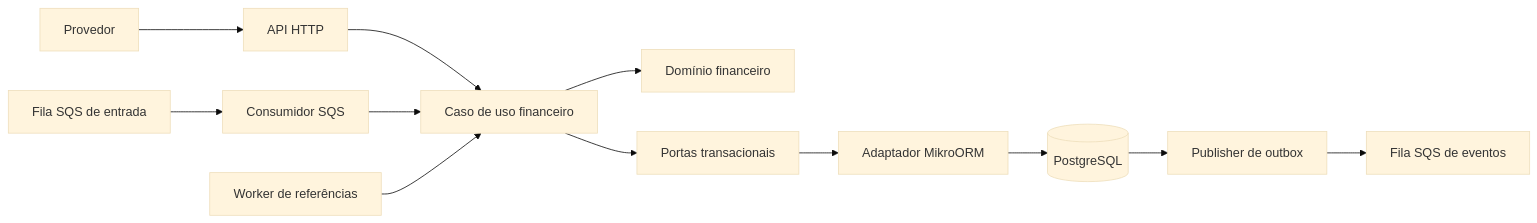
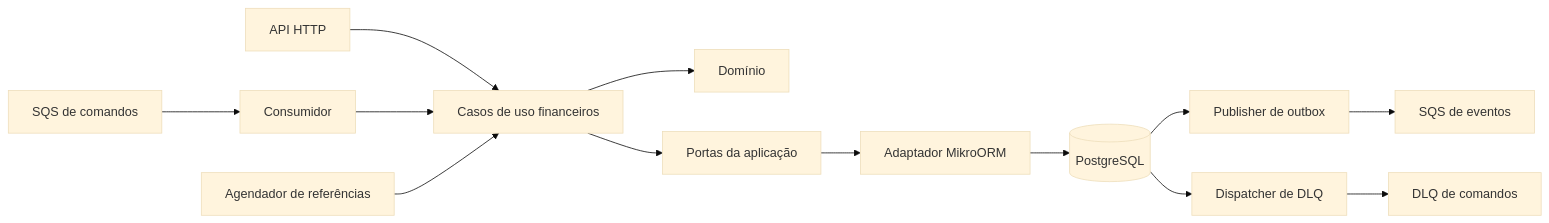
One commit to FelipeSakai/wager-ledger changed the first of 2 diagrams in ARCHITECTURE.md. Above: the diagram before and after it, drawn with Mermaid (base theme). The commit also changed other lines of this file and 33 other files, not shown here.

Commit message:
docs: align architecture specifications and operating guides

````diff
--- a/ARCHITECTURE.md
+++ b/ARCHITECTURE.md
@@ -25,14 +13,15 @@
 ```mermaid
 flowchart LR
-  Provider[Provedor] --> HTTP[API HTTP]
-  Queue[Fila SQS de entrada] --> Consumer[Consumidor SQS]
-  HTTP --> UseCase[Caso de uso financeiro]
-  Consumer --> UseCase
-  Retry[Worker de referências] --> UseCase
-  UseCase --> Domain[Domínio financeiro]
-  UseCase --> Ports[Portas transacionais]
-  Ports --> Adapter[Adaptador MikroORM]
-  Adapter --> PG[(PostgreSQL)]
-  PG --> Publisher[Publisher de outbox]
-  Publisher --> Events[Fila SQS de eventos]
+  HTTP[API HTTP] --> U[Casos de uso financeiros]
+  Q[SQS de comandos] --> C[Consumidor]
+  C --> U
+  R[Agendador de referências] --> U
+  U --> D[Domínio]
+  U --> P[Portas da aplicação]
+  P --> I[Adaptador MikroORM]
+  I --> PG[(PostgreSQL)]
+  PG --> O[Publisher de outbox]
+  O --> E[SQS de eventos]
+  PG --> T[Dispatcher de DLQ]
+  T --> DLQ[DLQ de comandos]
 ```
````
